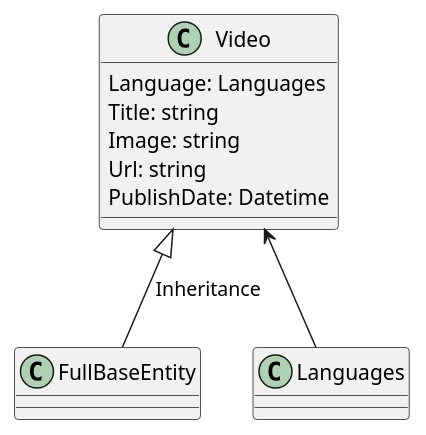
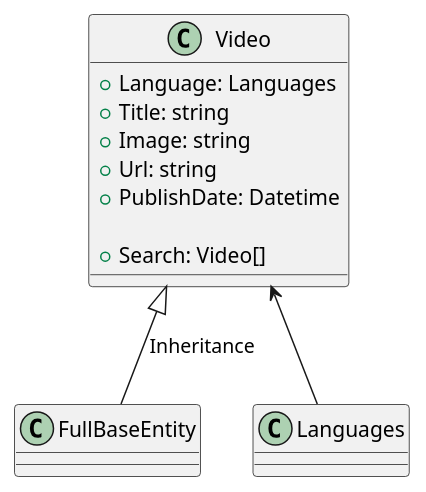
One commit to evrendev/sport-club changed the diagram in uml/Video/Video.puml. Above: the diagram before and after it, drawn with PlantUML. The commit also changed 27 other files, not shown here.

Commit message:
Resource file added for fixtures, updated uml class diagrams

```diff
--- a/uml/Video/Video.puml
+++ b/uml/Video/Video.puml
@@ -1,14 +1,16 @@
 @startuml Class Diagram
 
 class Video  {
-    Language: Languages
-    Title: string
-    Image: string
-    Url: string
-    PublishDate: Datetime
+    + Language: Languages
+    + Title: string
+    + Image: string
+    + Url: string
+    + PublishDate: Datetime
+
+    +Search: Video[]
 }
 
 Video <|-- FullBaseEntity: Inheritance
 Video <-- Languages 
  
 @enduml
```
